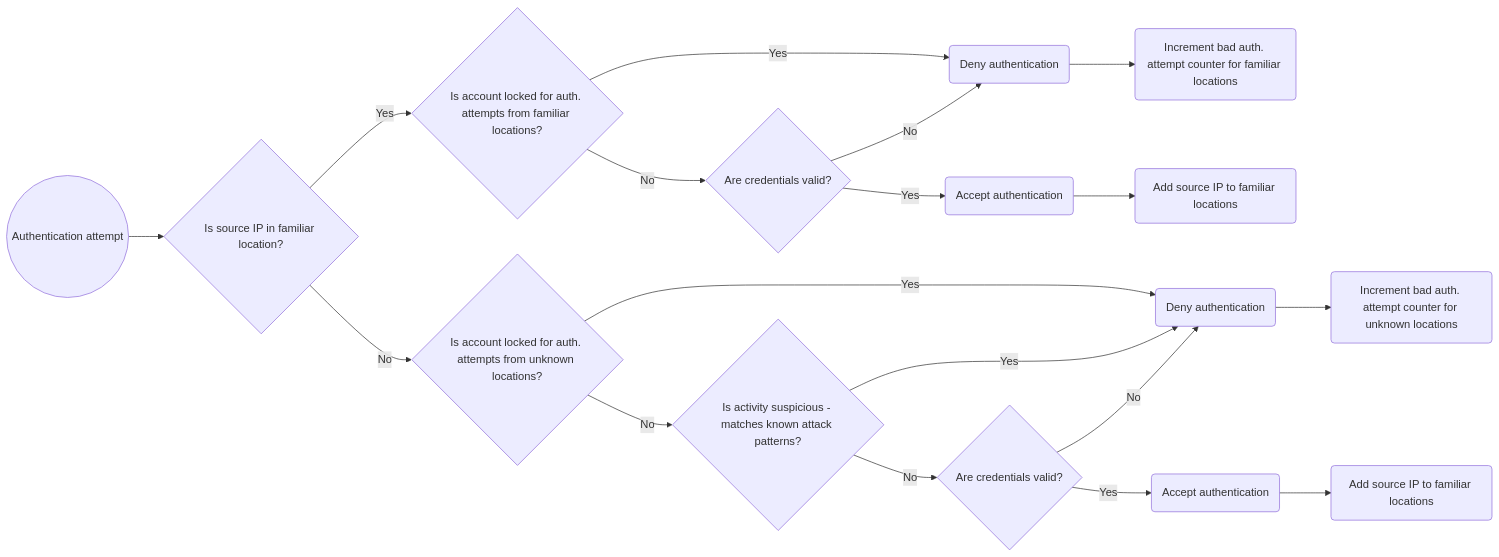
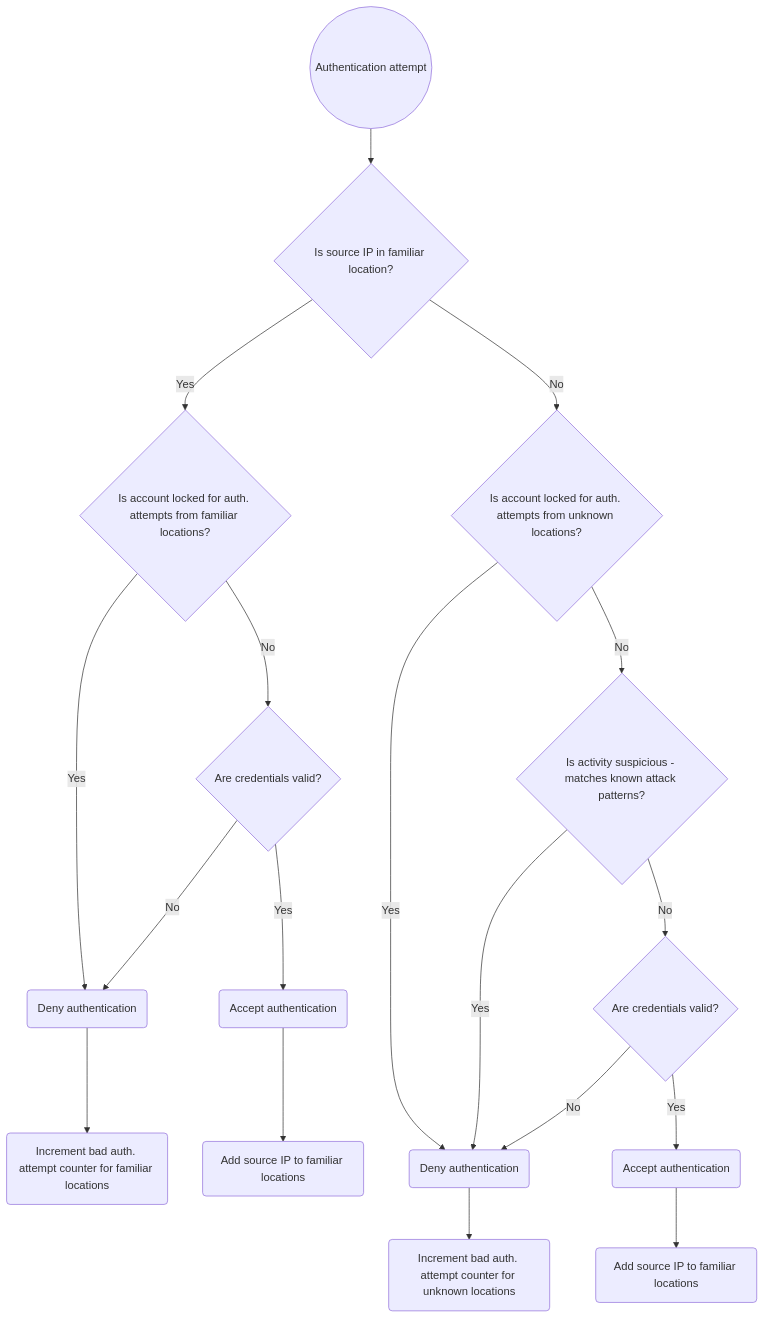
The diagram in _posts/2024-11-24-Entra-ID-Smart-Lockout.md (lucas-ko/lucas-ko.github.io), drawn with Mermaid before and after one commit. The commit also changed other lines of this file, not shown here.

````diff
--- a/_posts/2024-11-24-Entra-ID-Smart-Lockout.md
+++ b/_posts/2024-11-24-Entra-ID-Smart-Lockout.md
@@ -33,35 +32,35 @@
 ```mermaid
-flowchart LR
+flowchart TD
     Start@{ shape: circle, label: "Authentication attempt" }
     Is_IPFamiliar@{ shape: diamond, label: "Is source IP in familiar location?" }
     Fam_Is_AccountLocked@{ shape: diamond, label: "Is account locked for auth. attempts from familiar locations?" }
     Unfam_Is_AccountLocked@{ shape: diamond, label: "Is account locked for auth. attempts from unknown locations?" }
     Fam_Deny@{ shape: rounded, label: "Deny authentication" }
     Unfam_Deny@{ shape: rounded, label: "Deny authentication" }
     Unfam_CredsOK@{ shape: diamond, label: "Are credentials valid?" }
     Fam_CredsOK@{ shape: diamond, label: "Are credentials valid?" }
     Fam_AllowAuth@{ shape: rounded, label: "Accept authentication" }
     Unfam_AllowAuth@{ shape: rounded, label: "Accept authentication" }
     Fam_AddIP@{ shape: rounded, label: "Add source IP to familiar locations" }
     Unfam_AddIP@{ shape: rounded, label: "Add source IP to familiar locations" }
     Fam_IncrementCounter@{ shape: rounded, label: "Increment bad auth. attempt counter for familiar locations" }
     Unfam_IncrementCounter@{ shape: rounded, label: "Increment bad auth. attempt counter for unknown locations" }
     Unfam_Is_Suspicious@{ shape: diamond, label: "Is activity suspicious - matches known attack patterns?" }
 Start --> Is_IPFamiliar
 Is_IPFamiliar-->|Yes|Fam_Is_AccountLocked
 Is_IPFamiliar-->|No|Unfam_Is_AccountLocked
 Fam_Is_AccountLocked-->|Yes|Fam_Deny
 Fam_Is_AccountLocked-->|No|Fam_CredsOK
 Fam_CredsOK-->|No|Fam_Deny
 Fam_CredsOK-->|Yes|Fam_AllowAuth
 Fam_AllowAuth-->Fam_AddIP
 Fam_Deny-->Fam_IncrementCounter
 Unfam_Is_AccountLocked-->|Yes|Unfam_Deny
 Unfam_Is_AccountLocked-->|No|Unfam_Is_Suspicious
 Unfam_Is_Suspicious-->|Yes|Unfam_Deny
 Unfam_Is_Suspicious-->|No|Unfam_CredsOK
 Unfam_CredsOK-->|No|Unfam_Deny
 Unfam_CredsOK-->|Yes|Unfam_AllowAuth
 Unfam_AllowAuth-->Unfam_AddIP
 Unfam_Deny-->Unfam_IncrementCounter
 ```
````
